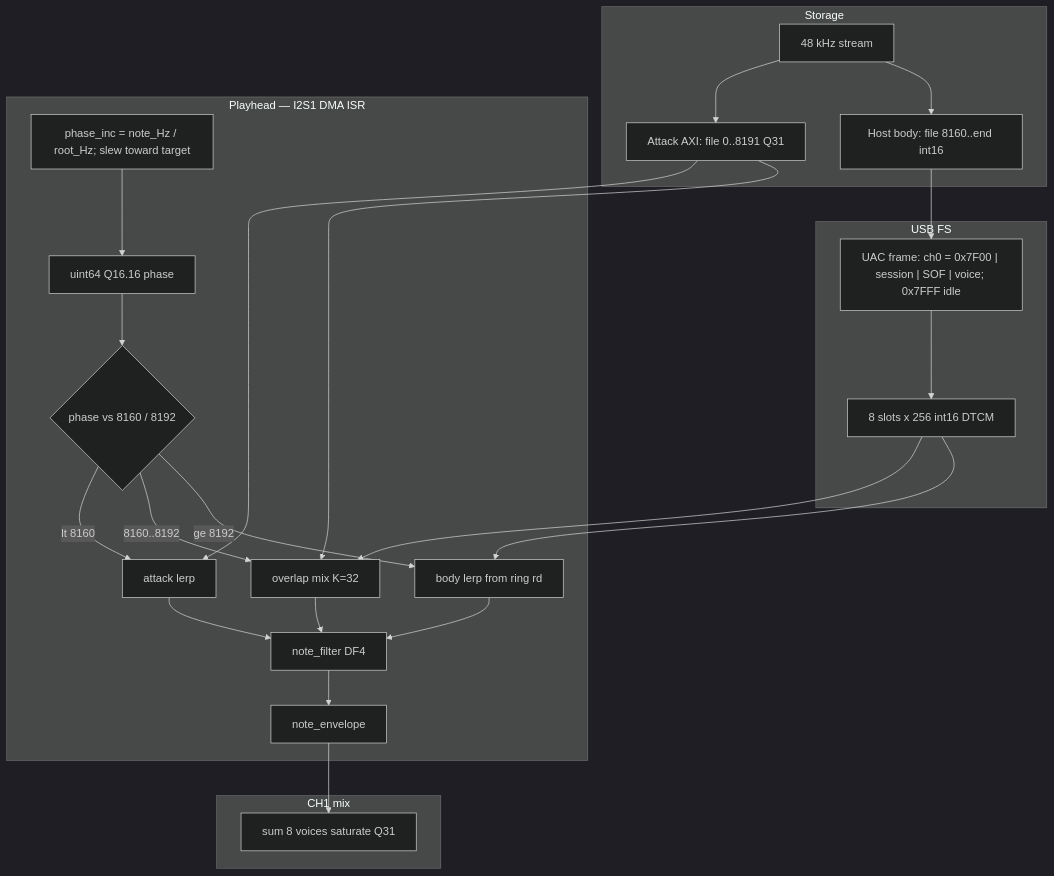
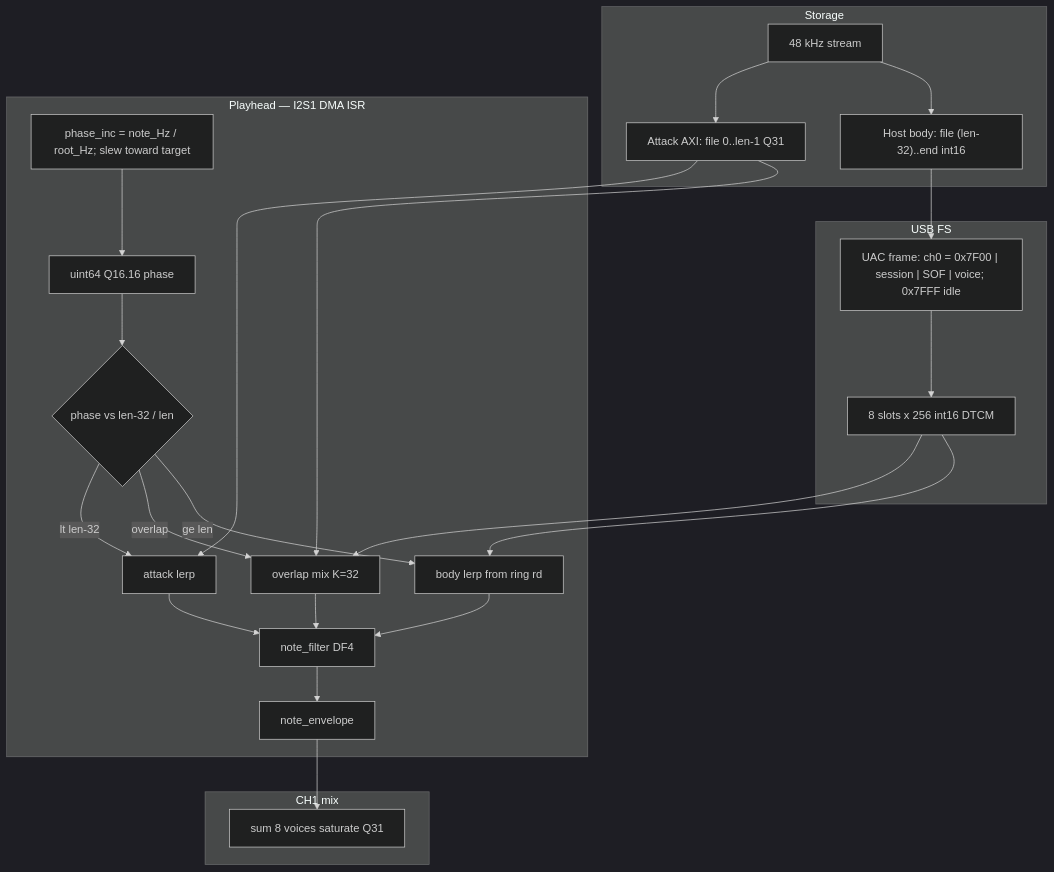
Before and after one commit to narendrabhatt-freshwater/firmware: the second of 5 diagrams in channel_card/docs/diagrams/card_data_flow.md, drawn with Mermaid (dark theme). The commit also changed other lines of this file and 20 other files, not shown here.

````diff
--- a/channel_card/docs/diagrams/card_data_flow.md
+++ b/channel_card/docs/diagrams/card_data_flow.md
@@ -66,45 +67,45 @@
 ```mermaid
 flowchart TB
   subgraph store [Storage]
     File["48 kHz stream"]
-    Atk["Attack AXI: file 0..8191 Q31"]
-    Body["Host body: file 8160..end int16"]
+    Atk["Attack AXI: file 0..len-1 Q31"]
+    Body["Host body: file (len-32)..end int16"]
     File --> Atk
     File --> Body
   end
 
   subgraph usb [USB FS]
     Tag["UAC frame: ch0 = 0x7F00 | session | SOF | voice; 0x7FFF idle"]
     Slots["8 slots x 256 int16 DTCM"]
     Body --> Tag --> Slots
   end
 
   subgraph play [Playhead — I2S1 DMA ISR]
     Ph["uint64 Q16.16 phase"]
     Inc["phase_inc = note_Hz / root_Hz; slew toward target"]
-    Join{"phase vs 8160 / 8192"}
+    Join{"phase vs len-32 / len"}
     AtkOnly["attack lerp"]
     Xfade["overlap mix K=32"]
     BodyOnly["body lerp from ring rd"]
     Lpf["note_filter DF4"]
     Env["note_envelope"]
     Ph --> Join
     Inc --> Ph
     Atk --> AtkOnly
     Atk --> Xfade
     Slots --> Xfade
     Slots --> BodyOnly
-    Join -->|lt 8160| AtkOnly
-    Join -->|8160..8192| Xfade
-    Join -->|ge 8192| BodyOnly
+    Join -->|lt len-32| AtkOnly
+    Join -->|overlap| Xfade
+    Join -->|ge len| BodyOnly
     AtkOnly --> Lpf
     Xfade --> Lpf
     BodyOnly --> Lpf
     Lpf --> Env
   end
 
   subgraph mix [CH1 mix]
     Sum["sum 8 voices saturate Q31"]
     Env --> Sum
   end
 ```
````
